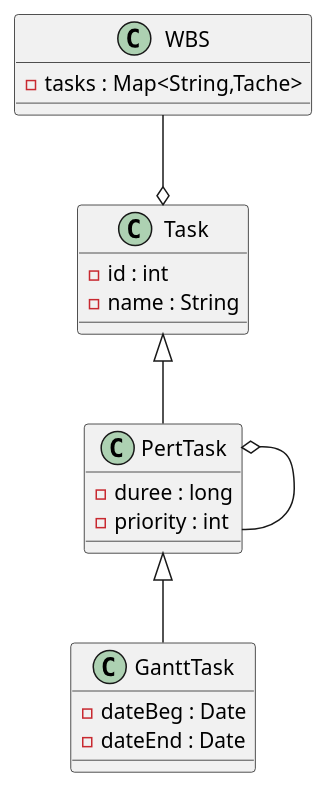
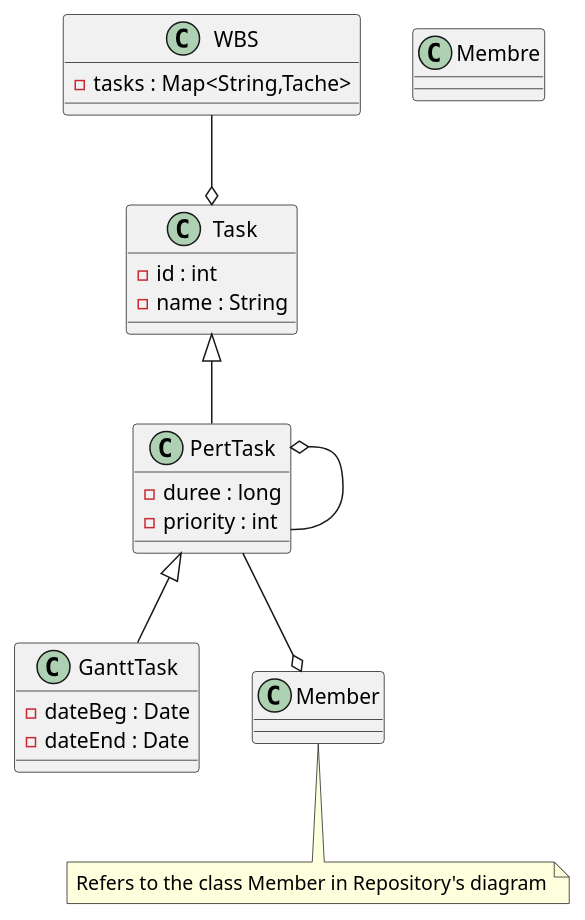
The second of 2 diagrams in README.md (DevGardenTeam/DevGarden), drawn with PlantUML before and after one commit.

Commit message:
Mise à jour de 'README.md'
Fin du diagramme Repository et GTO

````diff
--- a/README.md
+++ b/README.md
@@ -43,24 +43,29 @@
 ```plantuml
 
 class WBS{
     -tasks : Map<String,Tache>
 }
 class Task{
     - id : int
     - name : String
 }
 class PertTask{
     - duree : long
     - priority : int
 }
 class GanttTask{
     - dateBeg : Date
     - dateEnd : Date
 }
+class Membre
+
+note "Refers to the class Member in Repository's diagram" as N1
 
 WBS --o Task
 Task <|-- PertTask
 PertTask o-- PertTask
 PertTask <|-- GanttTask
+PertTask --o Member
+Member .. N1
 
 ```
````
